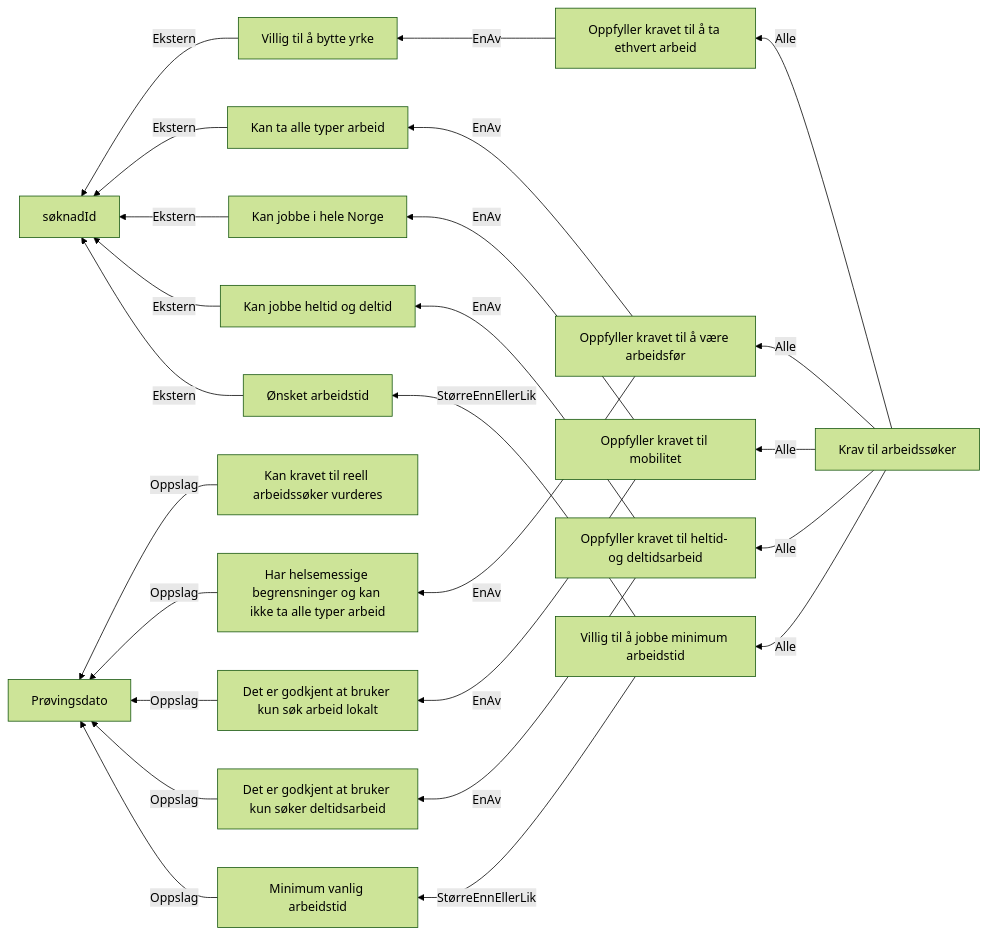
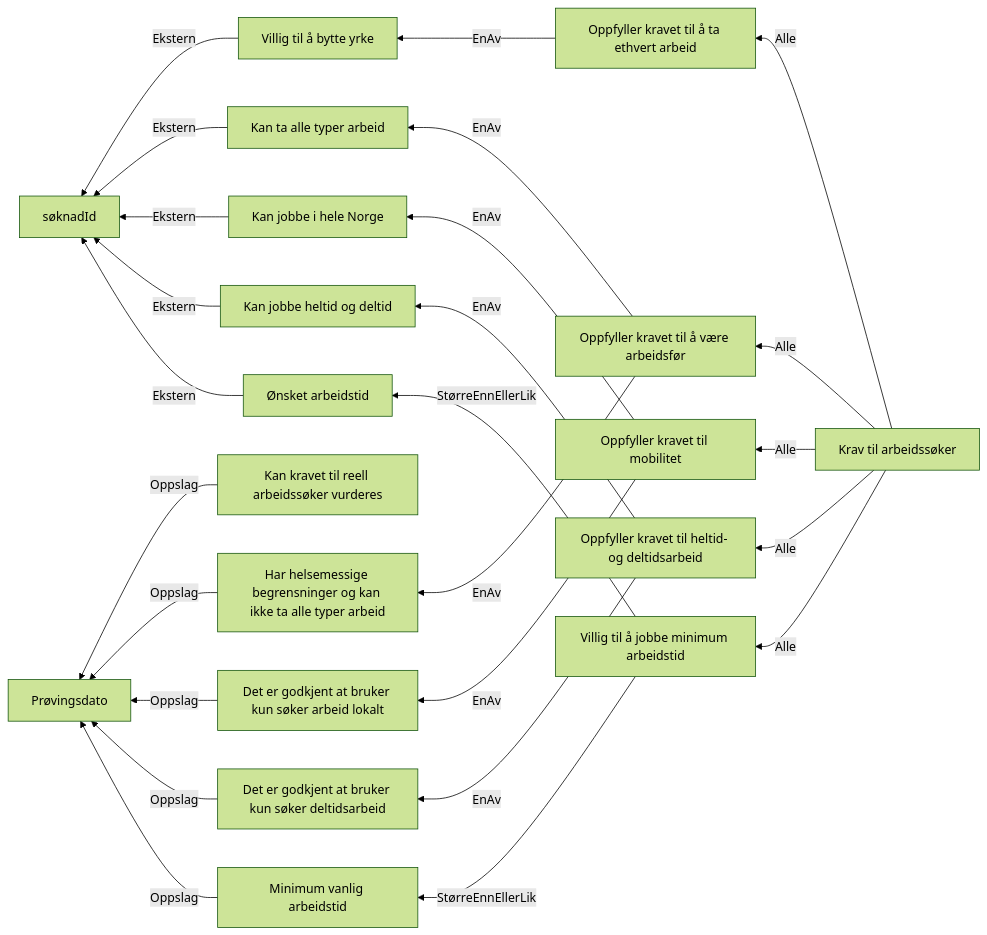
One commit to navikt/dp-behandling changed the diagram in docs/regler/§ 4-5. Reelle arbeidssøkere.approved.md. Above: the diagram before and after it, drawn with Mermaid (forest theme). The commit also changed 10 other files, not shown here.

````diff
--- a/docs/regler/§ 4-5. Reelle arbeidssøkere.approved.md
+++ b/docs/regler/§ 4-5. Reelle arbeidssøkere.approved.md
@@ -5,27 +5,27 @@
 ```mermaid
 graph RL
   A["Ønsket arbeidstid"] -->|"Ekstern"| B["søknadId"]
   C["Minimum vanlig arbeidstid"] -->|"Oppslag"| D["Prøvingsdato"]
   E["Villig til å jobbe minimum arbeidstid"] -->|"StørreEnnEllerLik"| A["Ønsket arbeidstid"]
   E["Villig til å jobbe minimum arbeidstid"] -->|"StørreEnnEllerLik"| C["Minimum vanlig arbeidstid"]
   F["Kan jobbe heltid og deltid"] -->|"Ekstern"| B["søknadId"]
   G["Det er godkjent at bruker kun søker deltidsarbeid"] -->|"Oppslag"| D["Prøvingsdato"]
   H["Kan jobbe i hele Norge"] -->|"Ekstern"| B["søknadId"]
-  I["Det er godkjent at bruker kun søk arbeid lokalt"] -->|"Oppslag"| D["Prøvingsdato"]
+  I["Det er godkjent at bruker kun søker arbeid lokalt"] -->|"Oppslag"| D["Prøvingsdato"]
   J["Kan ta alle typer arbeid"] -->|"Ekstern"| B["søknadId"]
   K["Har helsemessige begrensninger og kan ikke ta alle typer arbeid"] -->|"Oppslag"| D["Prøvingsdato"]
   L["Villig til å bytte yrke"] -->|"Ekstern"| B["søknadId"]
   M["Oppfyller kravet til heltid- og deltidsarbeid"] -->|"EnAv"| F["Kan jobbe heltid og deltid"]
   M["Oppfyller kravet til heltid- og deltidsarbeid"] -->|"EnAv"| G["Det er godkjent at bruker kun søker deltidsarbeid"]
   N["Oppfyller kravet til mobilitet"] -->|"EnAv"| H["Kan jobbe i hele Norge"]
-  N["Oppfyller kravet til mobilitet"] -->|"EnAv"| I["Det er godkjent at bruker kun søk arbeid lokalt"]
+  N["Oppfyller kravet til mobilitet"] -->|"EnAv"| I["Det er godkjent at bruker kun søker arbeid lokalt"]
   O["Oppfyller kravet til å være arbeidsfør"] -->|"EnAv"| J["Kan ta alle typer arbeid"]
   O["Oppfyller kravet til å være arbeidsfør"] -->|"EnAv"| K["Har helsemessige begrensninger og kan ikke ta alle typer arbeid"]
   P["Oppfyller kravet til å ta ethvert arbeid"] -->|"EnAv"| L["Villig til å bytte yrke"]
   Q["Krav til arbeidssøker"] -->|"Alle"| E["Villig til å jobbe minimum arbeidstid"]
   Q["Krav til arbeidssøker"] -->|"Alle"| M["Oppfyller kravet til heltid- og deltidsarbeid"]
   Q["Krav til arbeidssøker"] -->|"Alle"| N["Oppfyller kravet til mobilitet"]
   Q["Krav til arbeidssøker"] -->|"Alle"| O["Oppfyller kravet til å være arbeidsfør"]
   Q["Krav til arbeidssøker"] -->|"Alle"| P["Oppfyller kravet til å ta ethvert arbeid"]
   R["Kan kravet til reell arbeidssøker vurderes"] -->|"Oppslag"| D["Prøvingsdato"]
 ```
````
